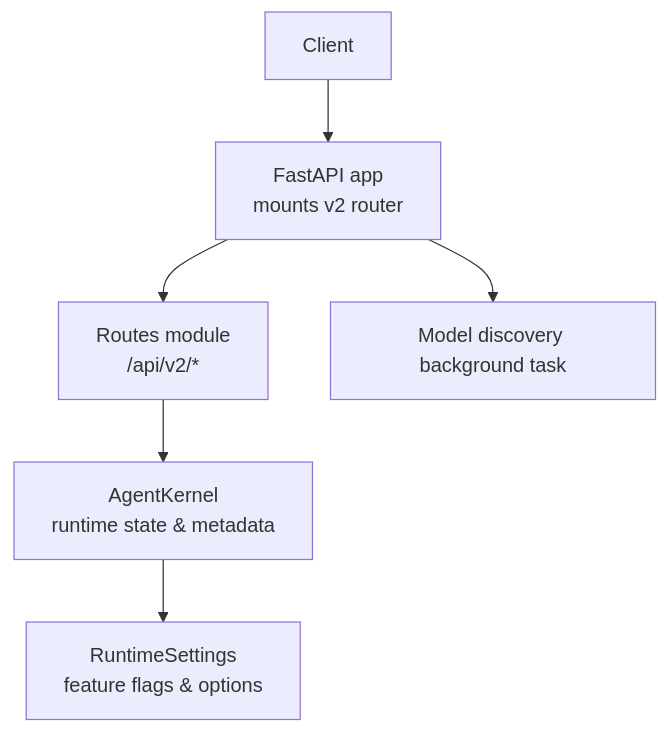
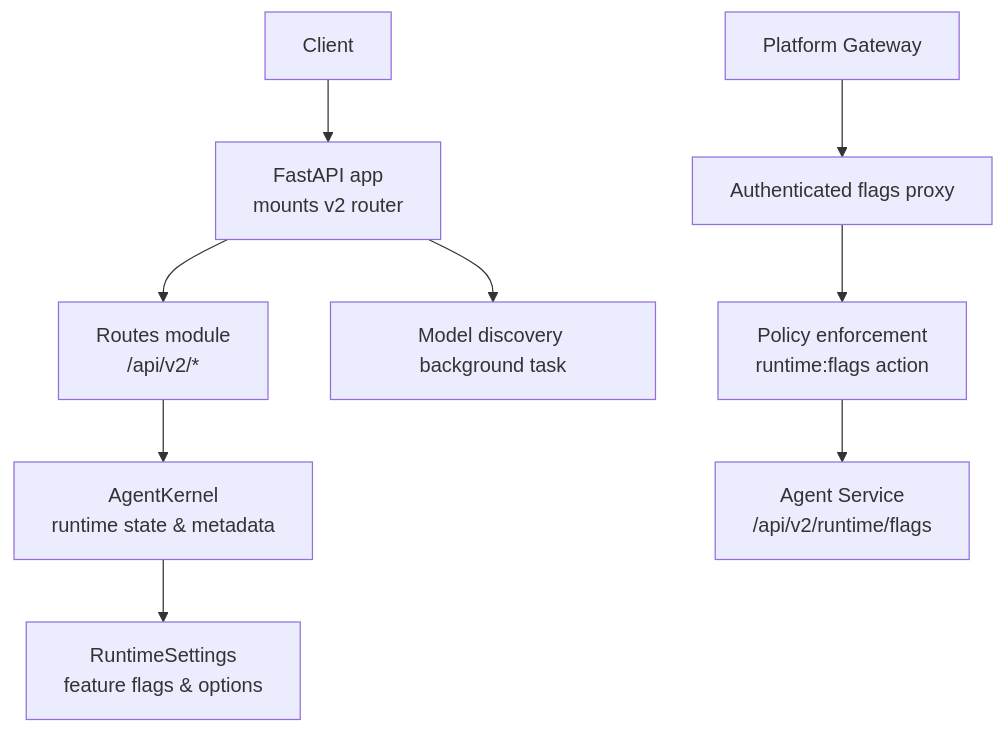
Before and after one commit to metasync/luban-aiops: the first of 4 diagrams in .qoder/repowiki/en/content/API Reference/Platform Gateway API/Runtime Configuration API.md, drawn with Mermaid. The commit also changed other lines of this file and 6 other files, not shown here.

````diff
--- a/.qoder/repowiki/en/content/API Reference/Platform Gateway API/Runtime Configuration API.md
+++ b/.qoder/repowiki/en/content/API Reference/Platform Gateway API/Runtime Configuration API.md
@@ -36,8 +47,11 @@
 ```mermaid
 graph TB
 Client["Client"] --> App["FastAPI app<br/>mounts v2 router"]
 App --> Routes["Routes module<br/>/api/v2/*"]
 Routes --> Kernel["AgentKernel<br/>runtime state & metadata"]
 Kernel --> Settings["RuntimeSettings<br/>feature flags & options"]
 App --> Discovery["Model discovery background task"]
+Gateway["Platform Gateway"] --> FlagsRoute["Authenticated flags proxy"]
+FlagsRoute --> Policy["Policy enforcement<br/>runtime:flags action"]
+Policy --> AgentService["Agent Service<br/>/api/v2/runtime/flags"]
 ```
````
